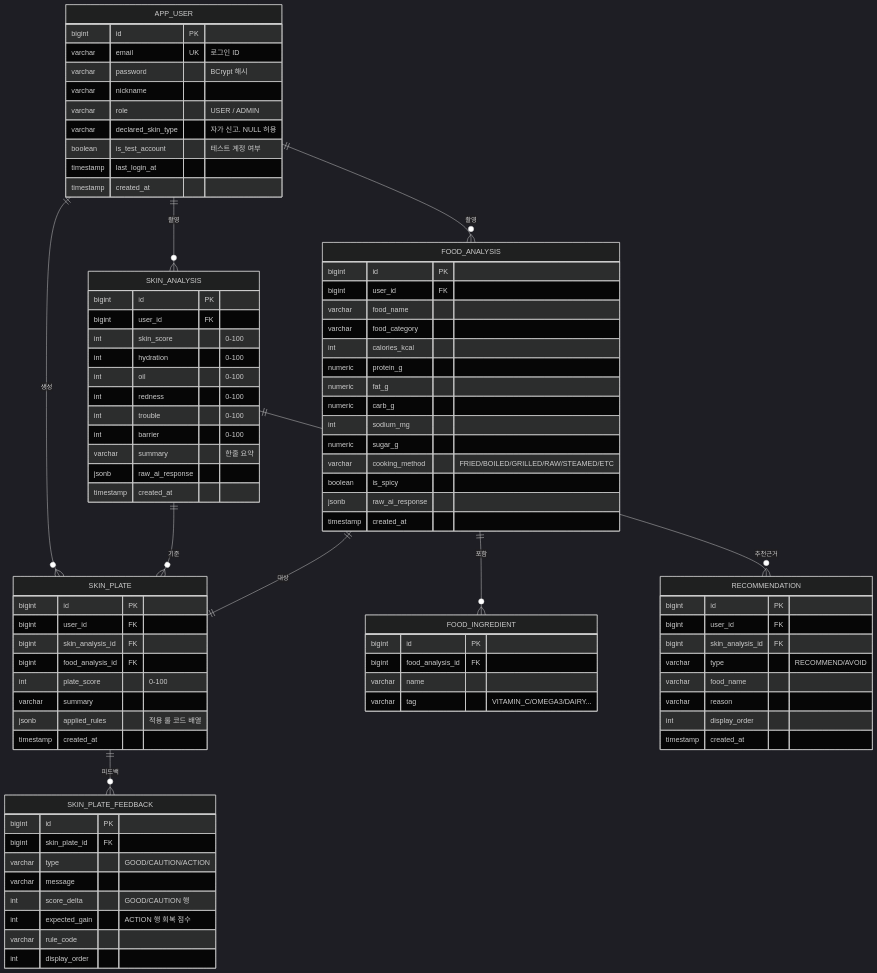
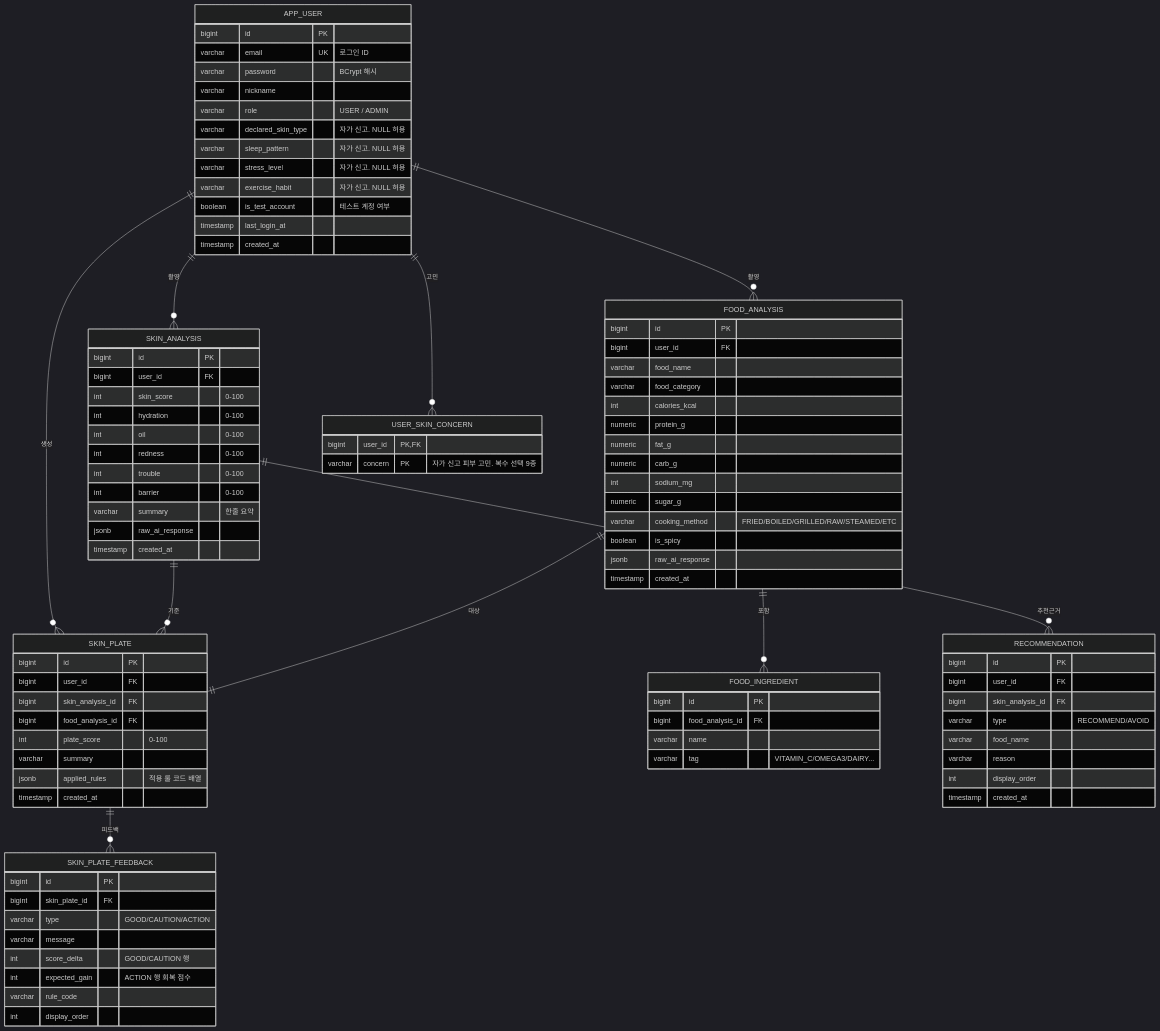
The fourth of 8 diagrams in SkinPlate_PRD.md (LikeLion-DU/Skinpick-backend), drawn with Mermaid (dark theme) before and after one commit. The commit also changed other lines of this file and 1 other file, not shown here.

Commit message:
docs(spec): 피부 프로필을 ERD·API 명세에 반영

```diff
--- a/SkinPlate_PRD.md
+++ b/SkinPlate_PRD.md
@@ -1405,6 +1407,7 @@
     APP_USER ||--o{ SKIN_ANALYSIS : "촬영"
     APP_USER ||--o{ FOOD_ANALYSIS : "촬영"
     APP_USER ||--o{ SKIN_PLATE : "생성"
+    APP_USER ||--o{ USER_SKIN_CONCERN : "고민"
     SKIN_ANALYSIS ||--o{ SKIN_PLATE : "기준"
     FOOD_ANALYSIS ||--|| SKIN_PLATE : "대상"
     FOOD_ANALYSIS ||--o{ FOOD_INGREDIENT : "포함"
@@ -1418,9 +1421,17 @@
         varchar nickname
         varchar role "USER / ADMIN"
         varchar declared_skin_type "자가 신고. NULL 허용"
+        varchar sleep_pattern "자가 신고. NULL 허용"
+        varchar stress_level "자가 신고. NULL 허용"
+        varchar exercise_habit "자가 신고. NULL 허용"
         boolean is_test_account "테스트 계정 여부"
         timestamp last_login_at
         timestamp created_at
+    }
+
+    USER_SKIN_CONCERN {
+        bigint user_id PK, FK
+        varchar concern PK "자가 신고 피부 고민. 복수 선택 9종"
     }
 
     SKIN_ANALYSIS {
```
